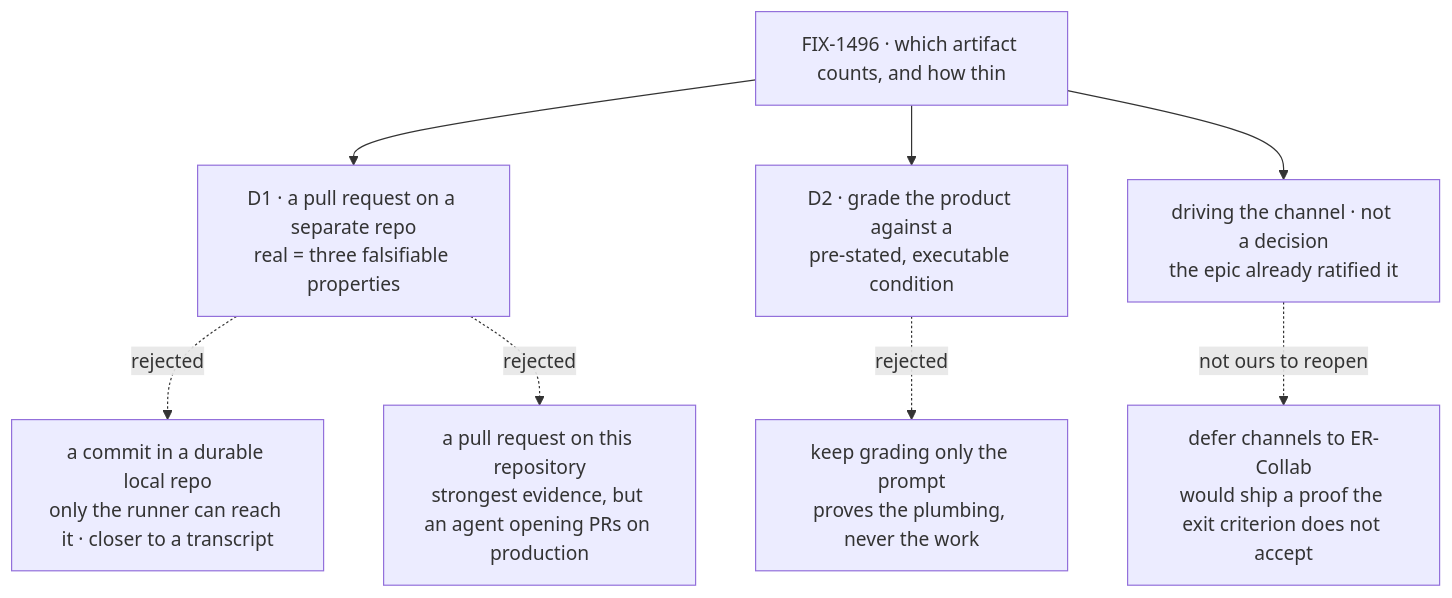
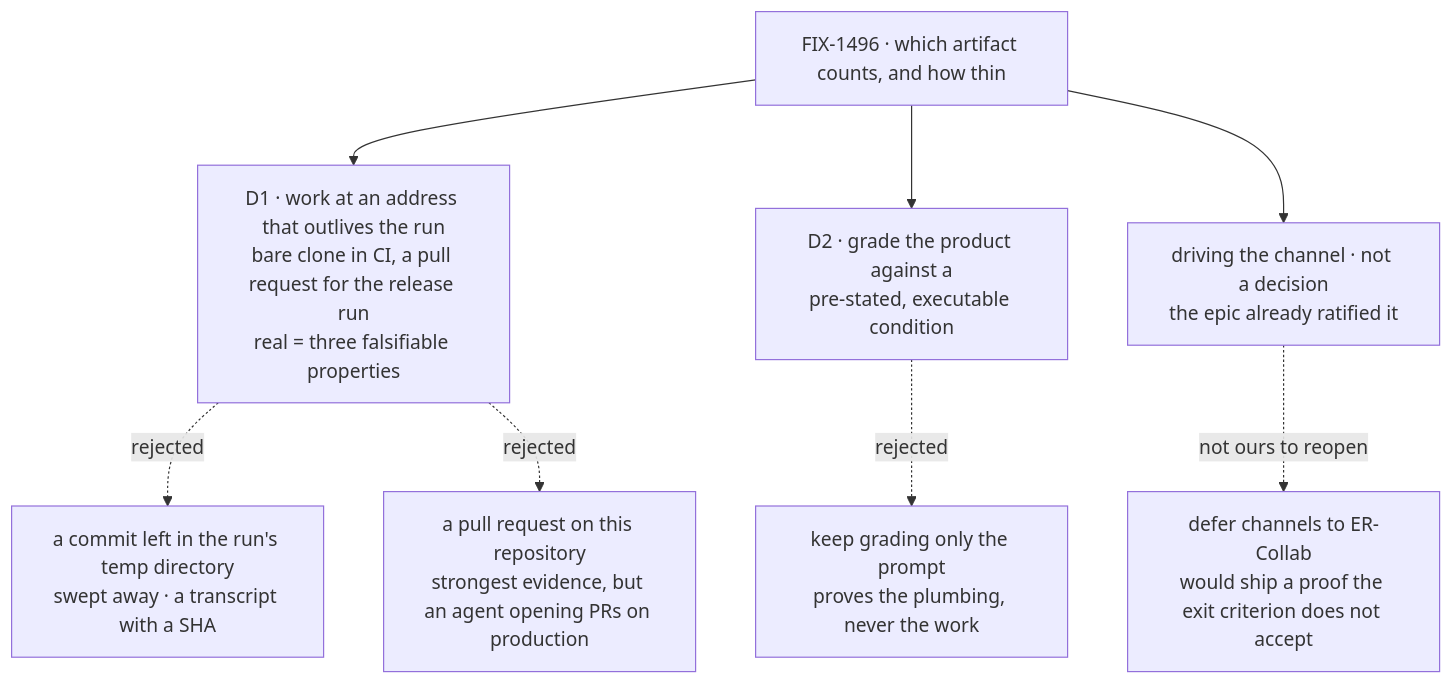
One commit to fixpoint-labs/flow-state-dev changed the diagram in specs/issues/FIX-1496/DECISIONS.md. Above: the diagram before and after it, drawn with Mermaid. The commit also changed other lines of this file and 1 other file, not shown here.

````diff
--- a/specs/issues/FIX-1496/DECISIONS.md
+++ b/specs/issues/FIX-1496/DECISIONS.md
@@ -10,10 +10,10 @@
 ```mermaid
 flowchart TD
-  I["FIX-1496 · which artifact counts, and how thin"] --> D1["D1 · a pull request on a separate repo<br/>real = three falsifiable properties"]
-  D1 -.->|"rejected"| X1["a commit in a durable local repo<br/>only the runner can reach it · closer to a transcript"]
+  I["FIX-1496 · which artifact counts, and how thin"] --> D1["D1 · work at an address that outlives the run<br/>bare clone in CI, a pull request for the release run<br/>real = three falsifiable properties"]
+  D1 -.->|"rejected"| X1["a commit left in the run's temp directory<br/>swept away · a transcript with a SHA"]
   D1 -.->|"rejected"| X2["a pull request on this repository<br/>strongest evidence, but an agent opening PRs on production"]
   I --> D2["D2 · grade the product against a<br/>pre-stated, executable condition"]
   D2 -.->|"rejected"| X3["keep grading only the prompt<br/>proves the plumbing, never the work"]
   I --> R["driving the channel · not a decision<br/>the epic already ratified it"]
   R -.->|"not ours to reopen"| X4["defer channels to ER-Collab<br/>would ship a proof the exit criterion does not accept"]
 ```
````
